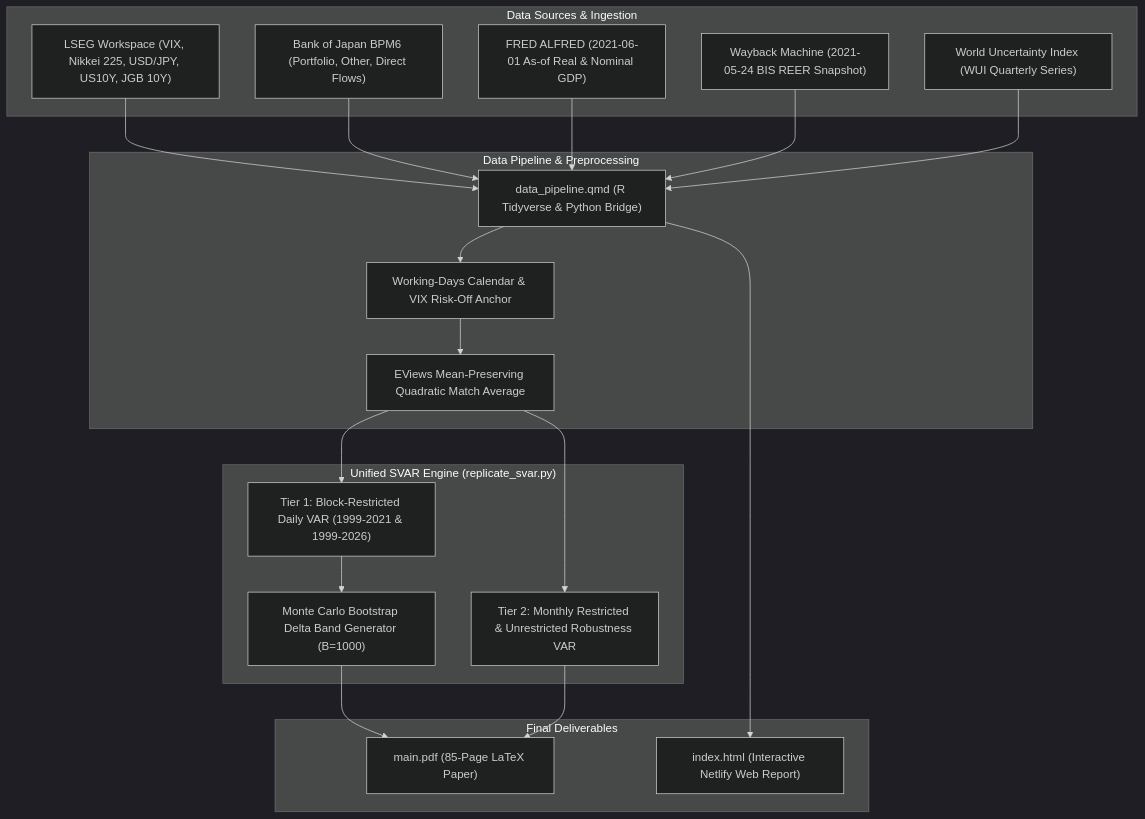
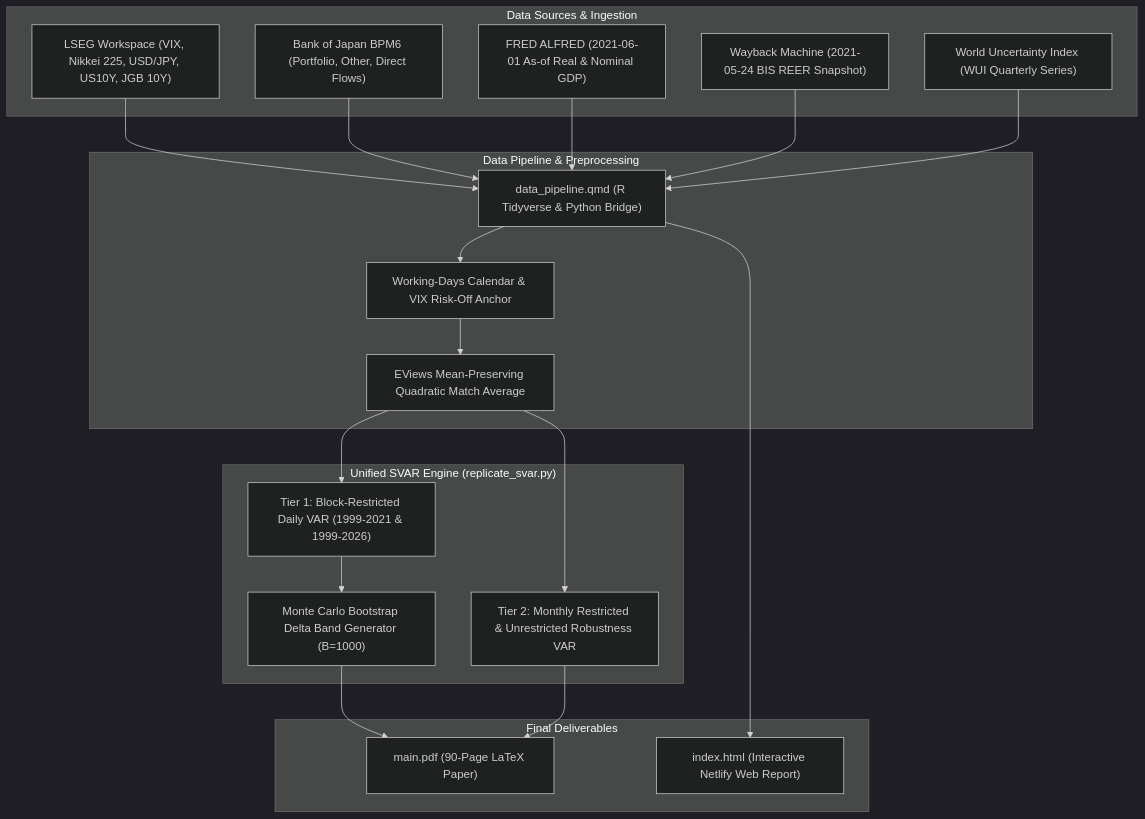
The diagram in README.md (sakudiff/FINARTS_FINAL-PAPER), drawn with Mermaid (dark theme) before and after one commit. The commit also changed other lines of this file, not shown here.

Commit message:
fix(submission): sync README counts and comment-free script to main

````diff
--- a/README.md
+++ b/README.md
@@ -67,43 +67,43 @@
 ```mermaid
 flowchart TD
     subgraph Ingestion ["Data Sources & Ingestion"]
         LSEG["LSEG Workspace (VIX, Nikkei 225, USD/JPY, US10Y, JGB 10Y)"]
         BOJ["Bank of Japan BPM6 (Portfolio, Other, Direct Flows)"]
         FRED["FRED ALFRED (2021-06-01 As-of Real & Nominal GDP)"]
         BIS["Wayback Machine (2021-05-24 BIS REER Snapshot)"]
         WUI["World Uncertainty Index (WUI Quarterly Series)"]
     end
 
     subgraph Preprocessing ["Data Pipeline & Preprocessing"]
         QMD["data_pipeline.qmd (R Tidyverse & Python Bridge)"]
         Clean["Working-Days Calendar & VIX Risk-Off Anchor"]
         Interp["EViews Mean-Preserving Quadratic Match Average"]
     end
 
     subgraph Econometrics ["Unified SVAR Engine (replicate_svar.py)"]
         Restricted["Tier 1: Block-Restricted Daily VAR (1999-2021 & 1999-2026)"]
         Unrestricted["Tier 2: Monthly Restricted & Unrestricted Robustness VAR"]
         Bootstrap["Monte Carlo Bootstrap Delta Band Generator (B=1000)"]
     end
 
     subgraph Deliverables ["Final Deliverables"]
-        PDF["main.pdf (85-Page LaTeX Paper)"]
+        PDF["main.pdf (90-Page LaTeX Paper)"]
         HTML["index.html (Interactive Netlify Web Report)"]
     end
 
     LSEG --> QMD
     BOJ --> QMD
     FRED --> QMD
     BIS --> QMD
     WUI --> QMD
 
     QMD --> Clean
     Clean --> Interp
     Interp --> Restricted
     Interp --> Unrestricted
     Restricted --> Bootstrap
 
     Bootstrap --> PDF
     Unrestricted --> PDF
     QMD --> HTML
 ```
````
